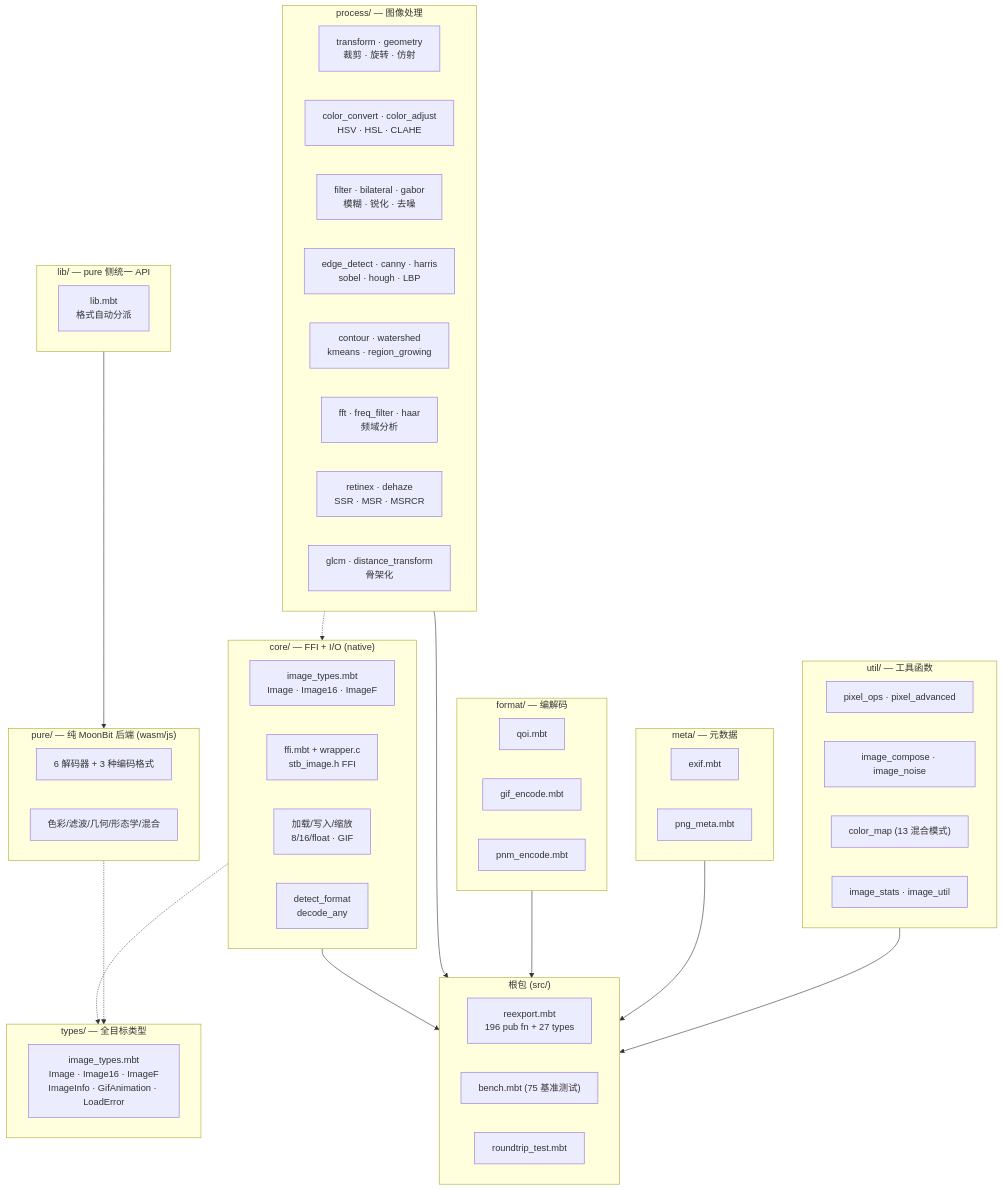
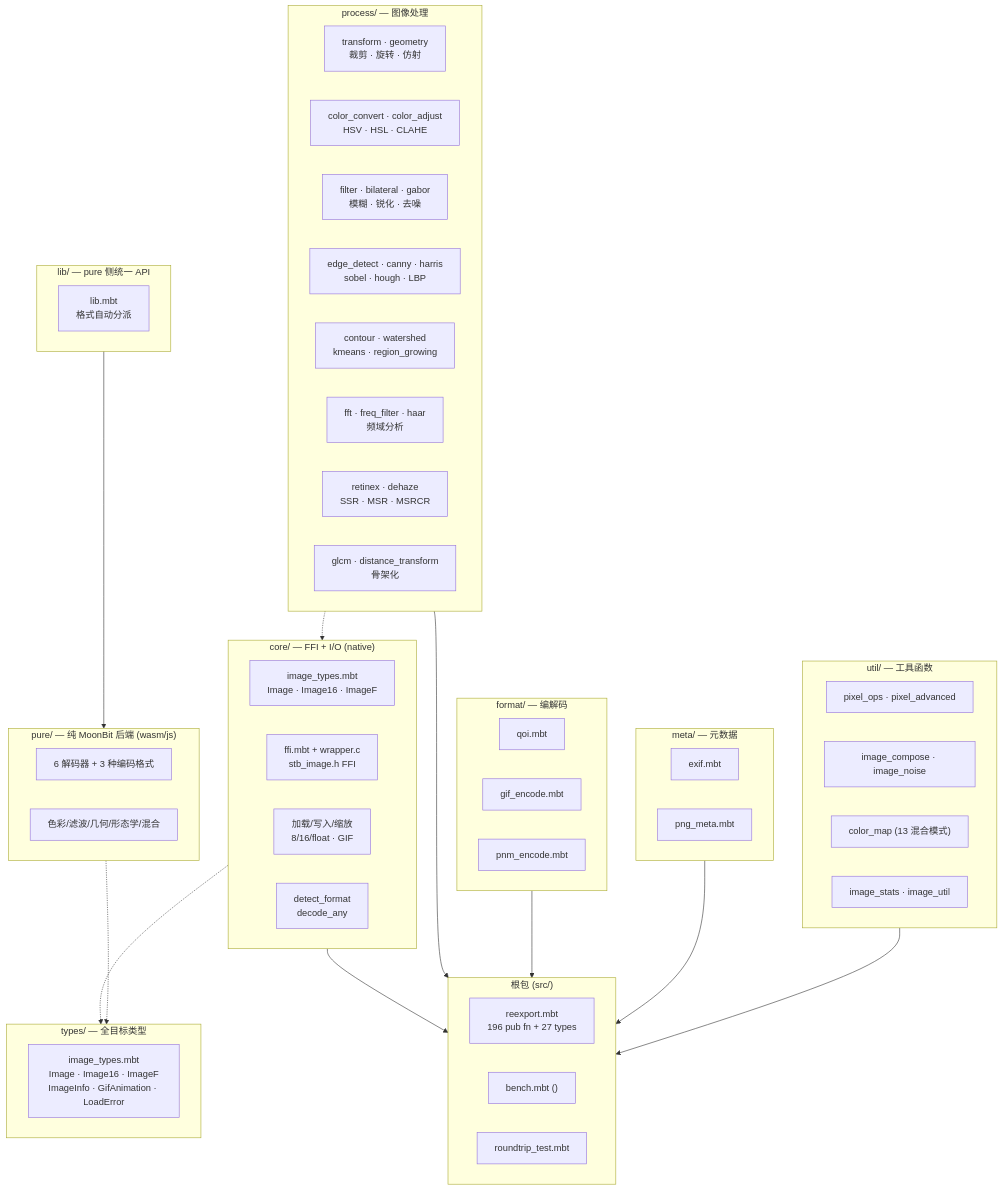
One commit to toadium/stb-image changed the second of 14 diagrams in docs/architecture.md. Above: the diagram before and after it, drawn with Mermaid. The commit also changed other lines of this file and 196 other files, not shown here.

````diff
--- a/docs/architecture.md
+++ b/docs/architecture.md
@@ -72,67 +72,67 @@
 ```mermaid
 flowchart TB
     subgraph Root["根包 (src/)"]
         RE["reexport.mbt<br/>196 pub fn + 27 types"]
-        Bench["bench.mbt (75 基准测试)"]
+        Bench["bench.mbt ()"]
         RT["roundtrip_test.mbt"]
     end
 
     subgraph TypesPkg["types/ — 全目标类型"]
         TypeDef["image_types.mbt<br/>Image · Image16 · ImageF<br/>ImageInfo · GifAnimation · LoadError"]
     end
 
     subgraph Core["core/ — FFI + I/O (native)"]
         Types["image_types.mbt<br/>Image · Image16 · ImageF"]
         FFI["ffi.mbt + wrapper.c<br/>stb_image.h FFI"]
         Load["加载/写入/缩放<br/>8/16/float · GIF"]
         Detect["detect_format<br/>decode_any"]
     end
 
     subgraph Process["process/ — 图像处理"]
         Transform["transform · geometry<br/>裁剪 · 旋转 · 仿射"]
         Color["color_convert · color_adjust<br/>HSV · HSL · CLAHE"]
         Filter["filter · bilateral · gabor<br/>模糊 · 锐化 · 去噪"]
         Edge["edge_detect · canny · harris<br/>sobel · hough · LBP"]
         Segment["contour · watershed<br/>kmeans · region_growing"]
         Freq["fft · freq_filter · haar<br/>频域分析"]
         Retinex["retinex · dehaze<br/>SSR · MSR · MSRCR"]
         Texture["glcm · distance_transform<br/>骨架化"]
     end
 
     subgraph Format["format/ — 编解码"]
         QOI["qoi.mbt"]
         GIF["gif_encode.mbt"]
         PNM["pnm_encode.mbt"]
     end
 
     subgraph Meta["meta/ — 元数据"]
         EXIF["exif.mbt"]
         PNGMeta["png_meta.mbt"]
     end
 
     subgraph Util["util/ — 工具函数"]
         PixelOps["pixel_ops · pixel_advanced"]
         Compose["image_compose · image_noise"]
         Blend["color_map (13 混合模式)"]
         Stats["image_stats · image_util"]
     end
 
     subgraph Pure["pure/ — 纯 MoonBit 后端 (wasm/js)"]
         PureDec["6 解码器 + 3 种编码格式"]
         PureProc["色彩/滤波/几何/形态学/混合"]
     end
 
     subgraph Lib["lib/ — pure 侧统一 API"]
         LibEntry["lib.mbt<br/>格式自动分派"]
     end
 
     Core --> Root
     Process --> Root
     Format --> Root
     Meta --> Root
     Util --> Root
     Lib --> Pure
     Core -.-> TypesPkg
     Pure -.-> TypesPkg
     Process -.-> Core
 ```
````
